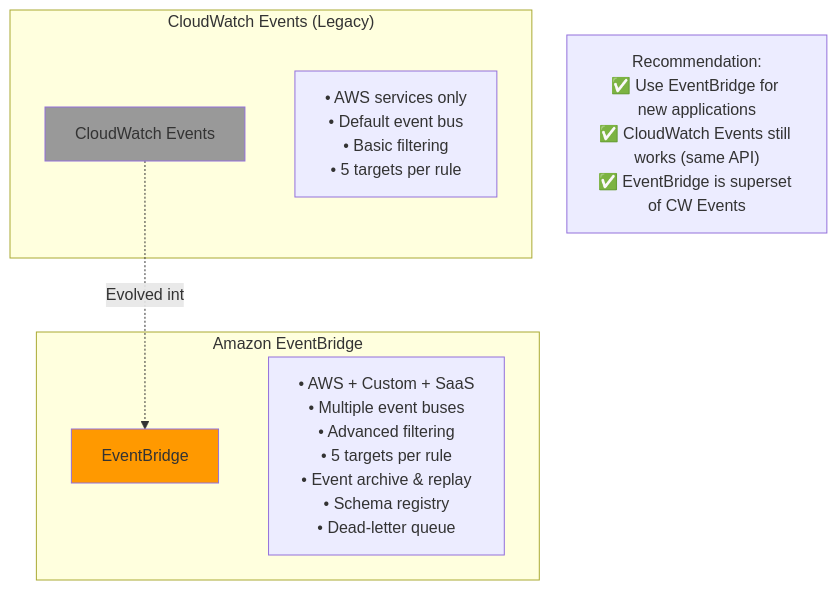
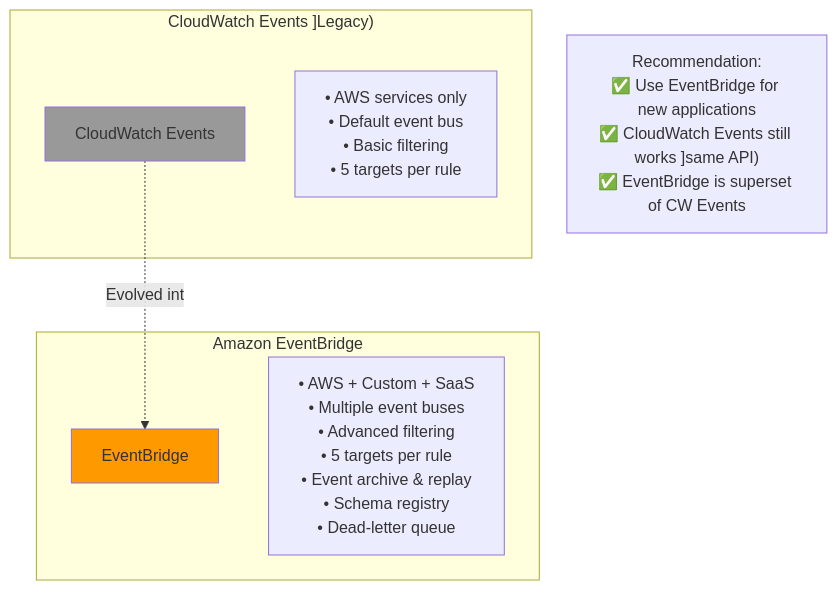
Before and after one commit to pilotworks/AWS-Certified-Solutions-Architect-Associate-SAA-C03: the tenth of 16 diagrams in docs/08-Application-Integration/DIAGRAMS.md, drawn with Mermaid. The commit also changed other lines of this file and 79 other files, not shown here.

````diff
--- a/docs/08-Application-Integration/DIAGRAMS.md
+++ b/docs/08-Application-Integration/DIAGRAMS.md
@@ -363,21 +363,21 @@
 ```mermaid
 graph TB
-    subgraph CloudWatch_Events_Legacy_Group["CloudWatch Events (Legacy)"]
+    subgraph CloudWatch_Events_Legacy_Group["CloudWatch Events ]Legacy)"]
         CWE["CloudWatch Events"]
         CWE_Features["• AWS services only<br/>• Default event bus<br/>• Basic filtering<br/>• 5 targets per rule"]
     end
     
     subgraph Amazon_EventBridge_Group["Amazon EventBridge"]
         EB[EventBridge]
         EB_Features["• AWS + Custom + SaaS<br/>• Multiple event buses<br/>• Advanced filtering<br/>• 5 targets per rule<br/>• Event archive & replay<br/>• Schema registry<br/>• Dead-letter queue"]
     end
     
     CWE -.Evolved into.-> EB
     
-    Recommendation["Recommendation:<br/>✅ Use EventBridge for new applications<br/>✅ CloudWatch Events still works (same API)<br/>✅ EventBridge is superset of CW Events"]
+    Recommendation["Recommendation:<br/>✅ Use EventBridge for new applications<br/>✅ CloudWatch Events still works ]same API)<br/>✅ EventBridge is superset of CW Events"]
     
     classDef style1 fill:#FF9900
     class EB style1
     classDef style2 fill:#999
     class CWE style2
 ```
````
